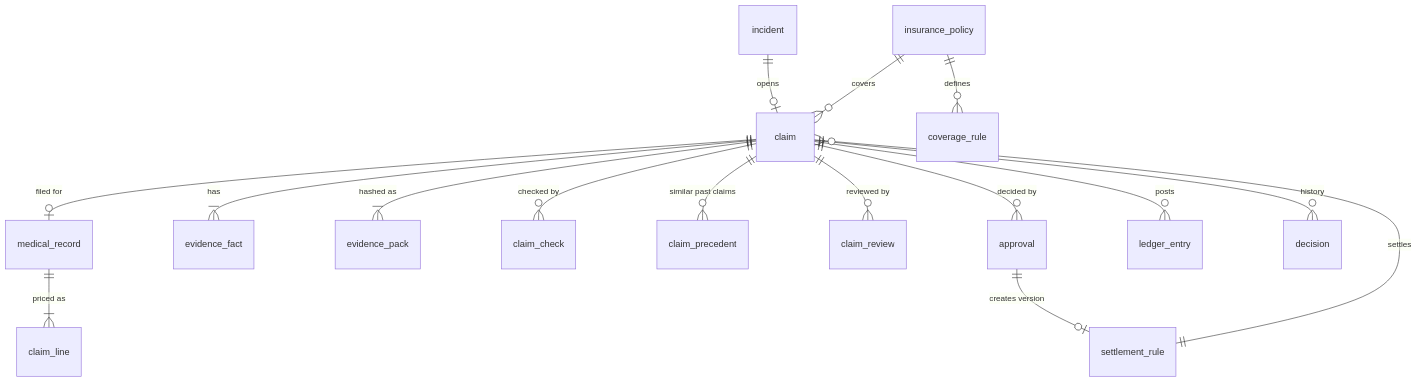
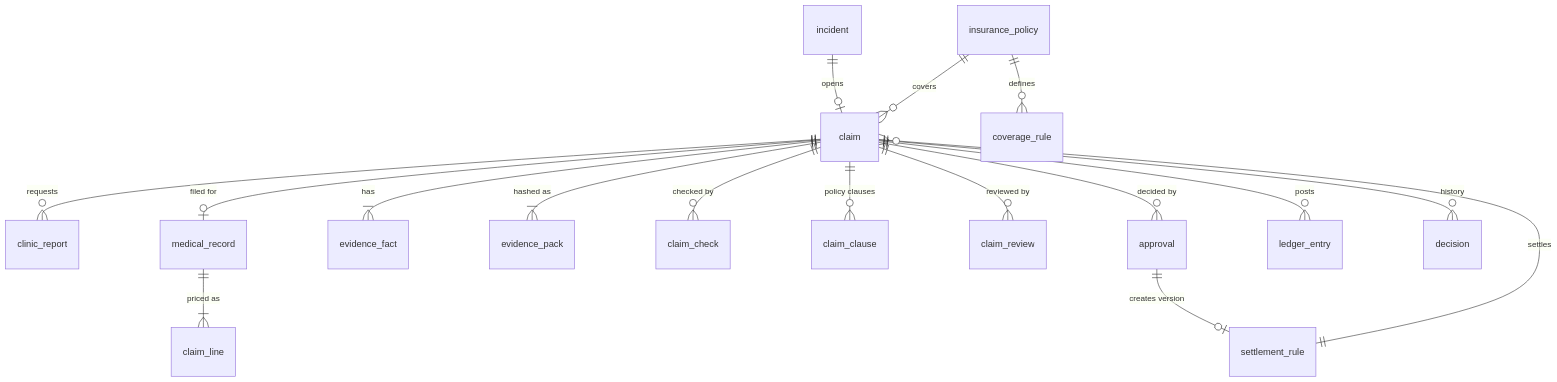
One commit to viktorinkov/cal-hacks-13 changed the fifth of 5 diagrams in System Design/6-features/Insurance.md. Above: the diagram before and after it, drawn with Mermaid. The commit also changed other lines of this file and 5 other files, not shown here.

Commit message:
system design: policy clauses instead of past claims, Claude decides under the guard

````diff
--- a/System Design/6-features/Insurance.md
+++ b/System Design/6-features/Insurance.md
@@ -573,18 +634,19 @@
 ```mermaid
 erDiagram
   incident ||--o| claim : "opens"
   insurance_policy ||--o{ coverage_rule : "defines"
   insurance_policy ||--o{ claim : "covers"
+  claim ||--o{ clinic_report : "requests"
   claim ||--o| medical_record : "filed for"
   medical_record ||--|{ claim_line : "priced as"
   claim ||--|{ evidence_fact : "has"
   claim ||--|{ evidence_pack : "hashed as"
   claim ||--o{ claim_check : "checked by"
-  claim ||--o{ claim_precedent : "similar past claims"
+  claim ||--o{ claim_clause : "policy clauses"
   claim ||--o{ claim_review : "reviewed by"
   claim ||--o{ approval : "decided by"
   claim ||--o{ ledger_entry : "posts"
   claim ||--o{ decision : "history"
   approval ||--o| settlement_rule : "creates version"
   settlement_rule ||--o{ claim : "settles"
 ```
````
